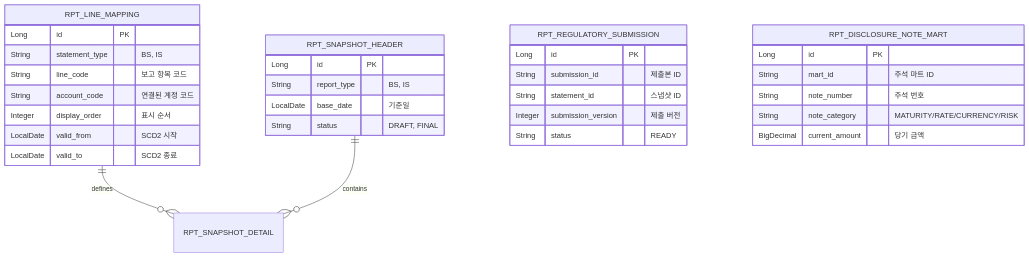
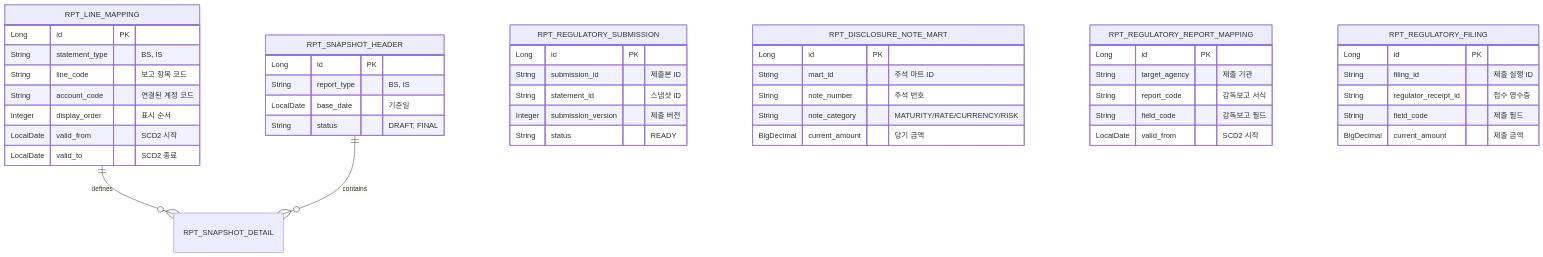
The third of 3 diagrams in reporting/README.md (skyg547/account), drawn with Mermaid before and after one commit. The commit also changed other lines of this file and 39 other files, not shown here.

Commit message:
Add regulatory filing mapping flow

````diff
--- a/reporting/README.md
+++ b/reporting/README.md
@@ -74,38 +81,54 @@
 ```mermaid
 erDiagram
     RPT_LINE_MAPPING ||--o{ RPT_SNAPSHOT_DETAIL : "defines"
     RPT_SNAPSHOT_HEADER ||--o{ RPT_SNAPSHOT_DETAIL : "contains"
 
     RPT_LINE_MAPPING {
         Long id PK
         String statement_type "BS, IS"
         String line_code "보고 항목 코드"
         String account_code "연결된 계정 코드"
         Integer display_order "표시 순서"
         LocalDate valid_from "SCD2 시작"
         LocalDate valid_to "SCD2 종료"
     }
     
     RPT_SNAPSHOT_HEADER {
         Long id PK
         String report_type "BS, IS"
         LocalDate base_date "기준일"
         String status "DRAFT, FINAL"
     }
 
     RPT_REGULATORY_SUBMISSION {
         Long id PK
         String submission_id "제출본 ID"
         String statement_id "스냅샷 ID"
         Integer submission_version "제출 버전"
         String status "READY"
     }
 
     RPT_DISCLOSURE_NOTE_MART {
         Long id PK
         String mart_id "주석 마트 ID"
         String note_number "주석 번호"
         String note_category "MATURITY/RATE/CURRENCY/RISK"
         BigDecimal current_amount "당기 금액"
     }
+
+    RPT_REGULATORY_REPORT_MAPPING {
+        Long id PK
+        String target_agency "제출 기관"
+        String report_code "감독보고 서식"
+        String field_code "감독보고 필드"
+        LocalDate valid_from "SCD2 시작"
+    }
+
+    RPT_REGULATORY_FILING {
+        Long id PK
+        String filing_id "제출 실행 ID"
+        String regulator_receipt_id "접수 영수증"
+        String field_code "제출 필드"
+        BigDecimal current_amount "제출 금액"
+    }
 ```
````
